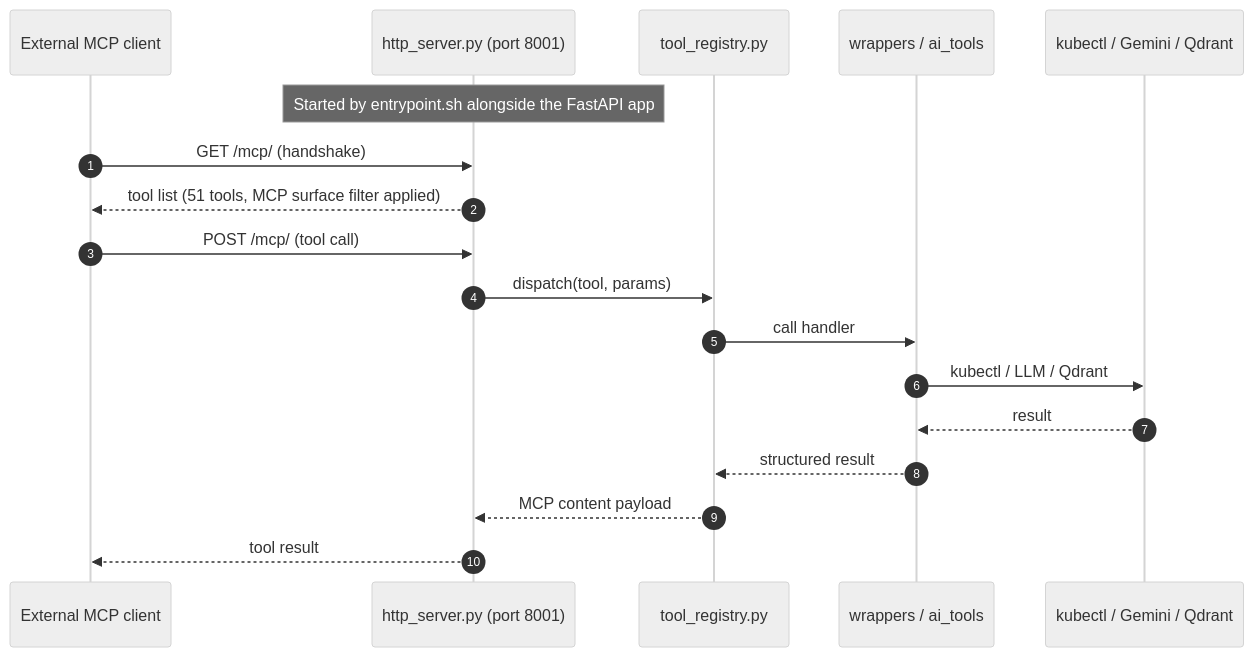
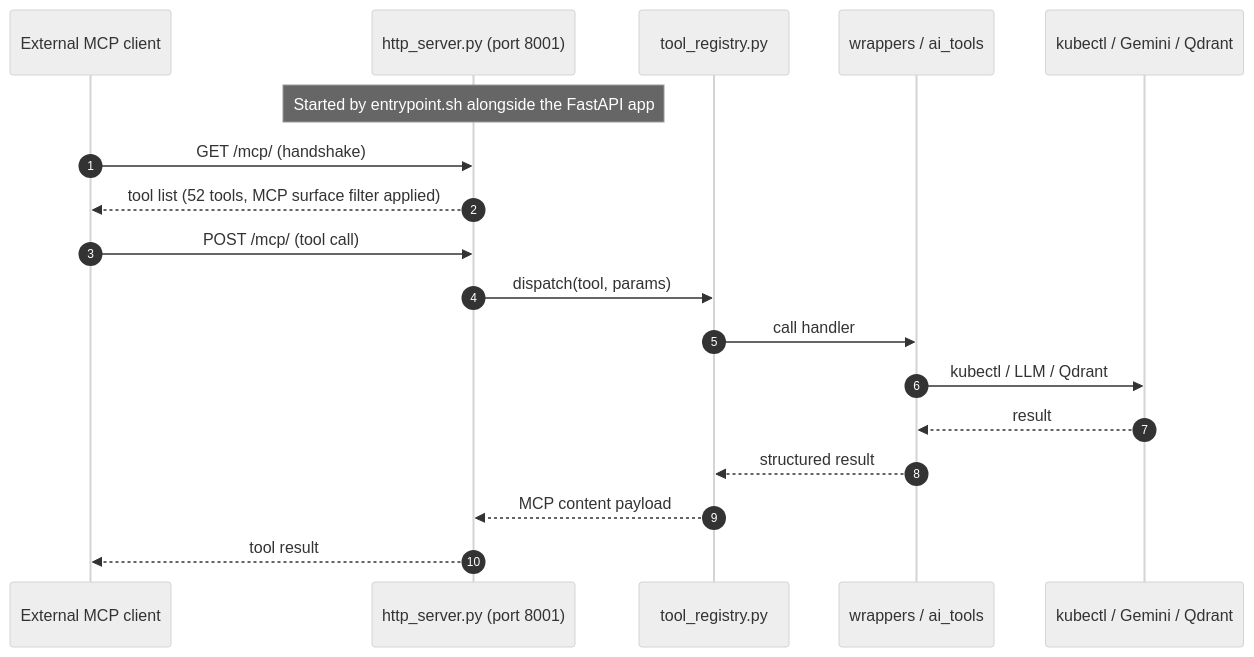
Before and after one commit to astraverse-io/KubeAstra: the fifth of 6 diagrams in docs/ARCHITECTURE_DIAGRAM.md, drawn with Mermaid (neutral theme). The commit also changed other lines of this file and 7 other files, not shown here.

````diff
--- a/docs/ARCHITECTURE_DIAGRAM.md
+++ b/docs/ARCHITECTURE_DIAGRAM.md
@@ -279,21 +279,21 @@
 ```mermaid
 sequenceDiagram
     autonumber
     participant C as External MCP client
     participant H as http_server.py (port 8001)
     participant REG as tool_registry.py
     participant W as wrappers / ai_tools
     participant E as kubectl / Gemini / Qdrant
 
     Note over H: Started by entrypoint.sh alongside the FastAPI app
     C->>H: GET /mcp/ (handshake)
-    H-->>C: tool list (51 tools, MCP surface filter applied)
+    H-->>C: tool list (52 tools, MCP surface filter applied)
     C->>H: POST /mcp/ (tool call)
     H->>REG: dispatch(tool, params)
     REG->>W: call handler
     W->>E: kubectl / LLM / Qdrant
     E-->>W: result
     W-->>REG: structured result
     REG-->>H: MCP content payload
     H-->>C: tool result
 ```
````
